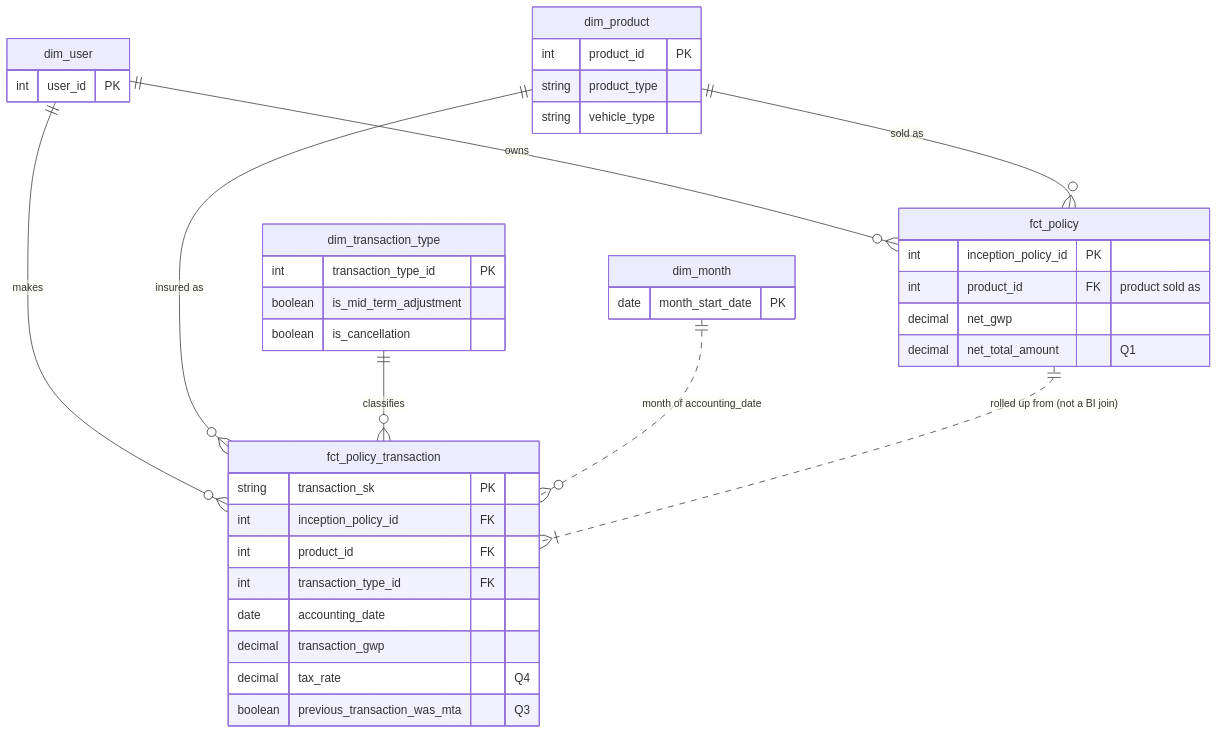
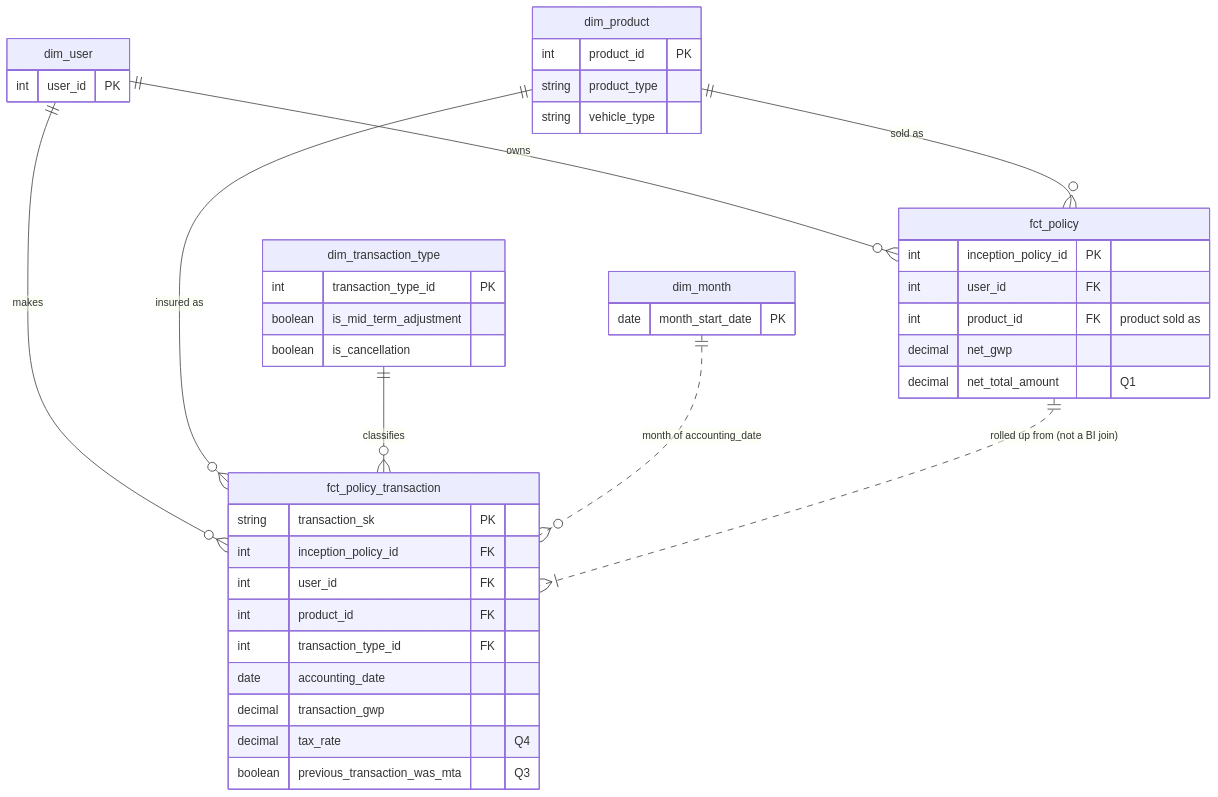
One commit to Khalid-Ghzaoui/zego_ae_task changed the diagram in README.md. Above: the diagram before and after it, drawn with Mermaid. The commit also changed other lines of this file, not shown here.

````diff
--- a/README.md
+++ b/README.md
@@ -65,43 +65,45 @@
 ```mermaid
 erDiagram
     dim_user ||--o{ fct_policy_transaction : "makes"
     dim_product ||--o{ fct_policy_transaction : "insured as"
     dim_transaction_type ||--o{ fct_policy_transaction : "classifies"
     dim_month ||..o{ fct_policy_transaction : "month of accounting_date"
     dim_user ||--o{ fct_policy : "owns"
     dim_product ||--o{ fct_policy : "sold as"
     fct_policy ||..|{ fct_policy_transaction : "rolled up from (not a BI join)"
 
     fct_policy_transaction {
         string  transaction_sk PK
         int     inception_policy_id FK
+        int     user_id FK
         int     product_id FK
         int     transaction_type_id FK
         date    accounting_date
         decimal transaction_gwp
         decimal tax_rate "Q4"
         boolean previous_transaction_was_mta "Q3"
     }
     fct_policy {
         int     inception_policy_id PK
+        int     user_id FK
         int     product_id FK "product sold as"
         decimal net_gwp
         decimal net_total_amount "Q1"
     }
     dim_product {
         int     product_id PK
         string  product_type
         string  vehicle_type
     }
     dim_transaction_type {
         int     transaction_type_id PK
         boolean is_mid_term_adjustment
         boolean is_cancellation
     }
     dim_user {
         int     user_id PK
     }
     dim_month {
         date    month_start_date PK
     }
 ```
````
